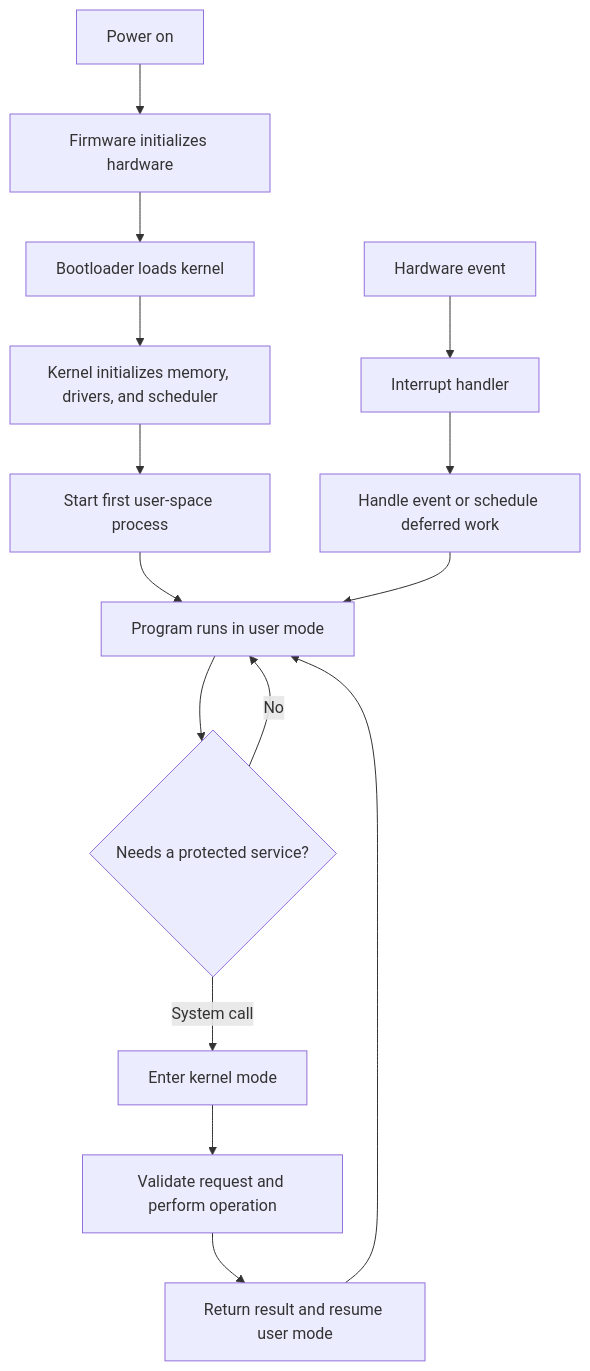
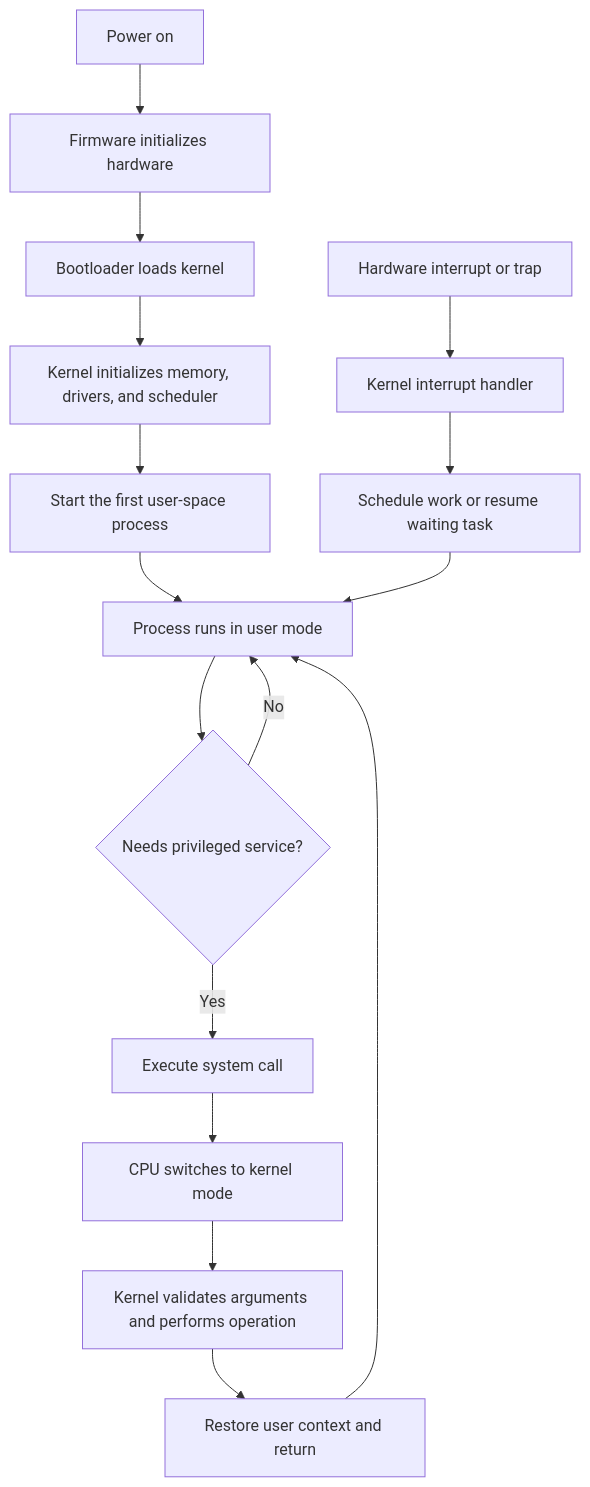
The second of 10 diagrams in diagram.md (Prashant-treat/OS), drawn with Mermaid before and after one commit. The commit also changed other lines of this file, not shown here.

Commit message:
Revise diagram.md to enhance clarity and organization of OS concepts, updating Mermaid diagrams for architecture, boot process, process scheduling, memory translation, synchronization, deadlock, and file operations.

````diff
--- a/diagram.md
+++ b/diagram.md
@@ -41,17 +26,19 @@
 ```mermaid
 flowchart TD
-		A[Power on] --> B[Firmware initializes hardware]
-		B --> C[Bootloader loads kernel]
-		C --> D[Kernel initializes memory, drivers, and scheduler]
-		D --> E[Start first user-space process]
-		E --> F[Program runs in user mode]
-		F --> G{Needs a protected service?}
-		G -- No --> F
-		G -- System call --> H[Enter kernel mode]
-		H --> I[Validate request and perform operation]
-		I --> J[Return result and resume user mode]
-		J --> F
-		K[Hardware event] --> L[Interrupt handler]
-		L --> M[Handle event or schedule deferred work]
-		M --> F
+    A[Power on] --> B[Firmware initializes hardware]
+    B --> C[Bootloader loads kernel]
+    C --> D[Kernel initializes memory, drivers, and scheduler]
+    D --> E[Start the first user-space process]
+    E --> F[Process runs in user mode]
+    F --> G{Needs privileged service?}
+    G -- No --> F
+    G -- Yes --> H[Execute system call]
+    H --> I[CPU switches to kernel mode]
+    I --> J[Kernel validates arguments and performs operation]
+    J --> K[Restore user context and return]
+    K --> F
+
+    L[Hardware interrupt or trap] --> M[Kernel interrupt handler]
+    M --> N[Schedule work or resume waiting task]
+    N --> F
 ```
````
